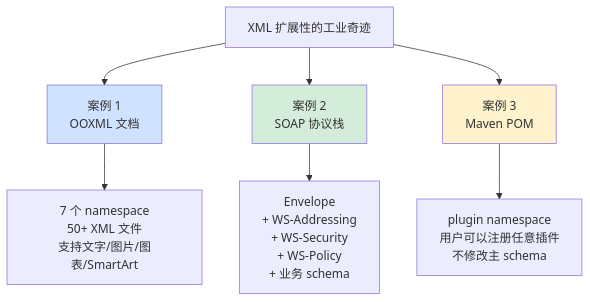
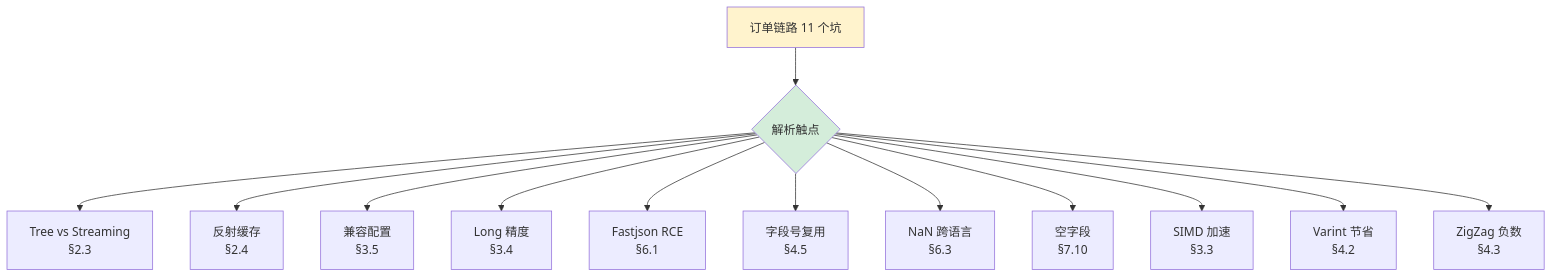
The sixth of 6 diagrams in docs/10.专栏/02.程序编程原理/02.数据的本质/09.数据解析设计思想.md (chongyang211/YCBookBlog), drawn with Mermaid before and after one commit. The commit also changed other lines of this file and 9 other files, not shown here.

````diff
--- a/docs/10.专栏/02.程序编程原理/02.数据的本质/09.数据解析设计思想.md
+++ b/docs/10.专栏/02.程序编程原理/02.数据的本质/09.数据解析设计思想.md
@@ -4796,16 +992,19 @@
 ```mermaid
 flowchart TB
-    A[XML 扩展性的工业奇迹] --> B[案例 1<br/>OOXML 文档]
-    A --> C[案例 2<br/>SOAP 协议栈]
-    A --> D[案例 3<br/>Maven POM]
-    
-    B --> B1[7 个 namespace<br/>50+ XML 文件<br/>支持文字/图片/图表/SmartArt]
-    
-    C --> C1[Envelope<br/>+ WS-Addressing<br/>+ WS-Security<br/>+ WS-Policy<br/>+ 业务 schema]
-    
-    D --> D1[plugin namespace<br/>用户可以注册任意插件<br/>不修改主 schema]
+    A[订单链路 11 个坑] --> B{解析触点}
 
-    style B fill:#cfe2ff
-    style C fill:#d4edda
-    style D fill:#fff3cd
+    B --> M1[Tree vs Streaming<br/>§2.3]
+    B --> M2[反射缓存<br/>§2.4]
+    B --> M3[兼容配置<br/>§3.5]
+    B --> M4[Long 精度<br/>§3.4]
+    B --> M5[Fastjson RCE<br/>§6.1]
+    B --> M6[字段号复用<br/>§4.5]
+    B --> M7[NaN 跨语言<br/>§6.3]
+    B --> M8[空字段<br/>§7.10]
+    B --> M9[SIMD 加速<br/>§3.3]
+    B --> M10[Varint 节省<br/>§4.2]
+    B --> M11[ZigZag 负数<br/>§4.3]
+
+    style A fill:#fff3cd
+    style B fill:#d4edda
 ```
````
